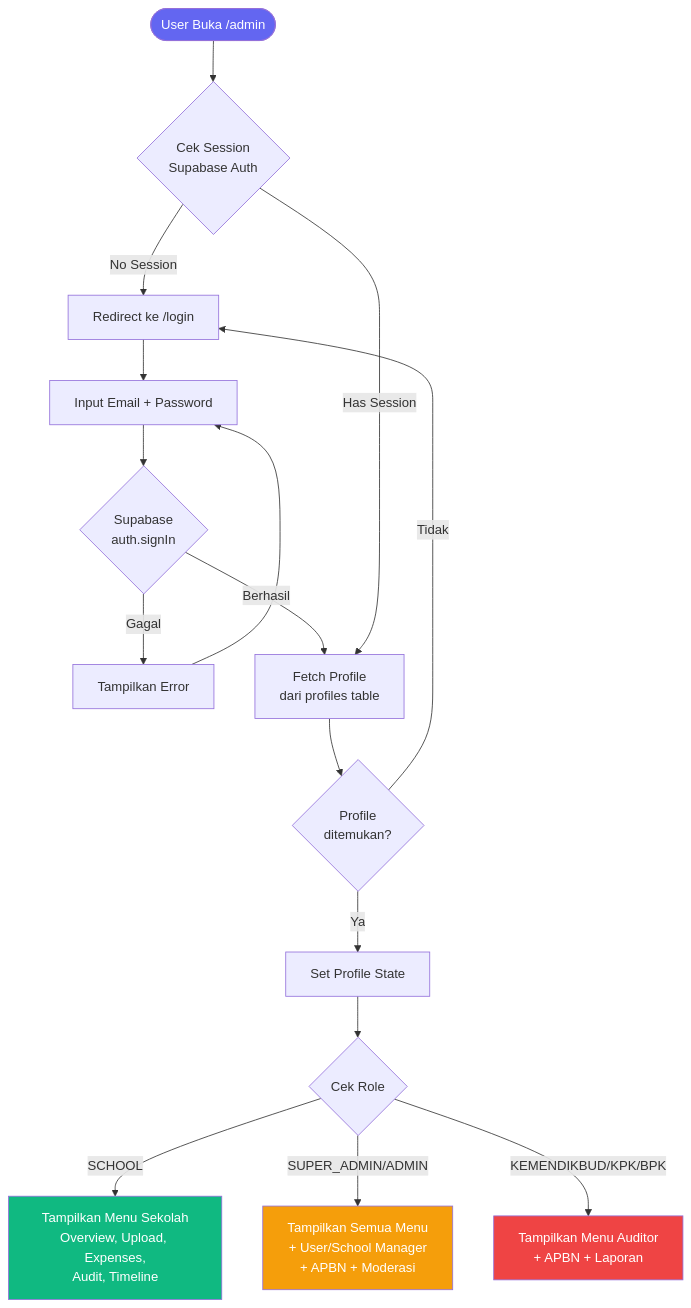
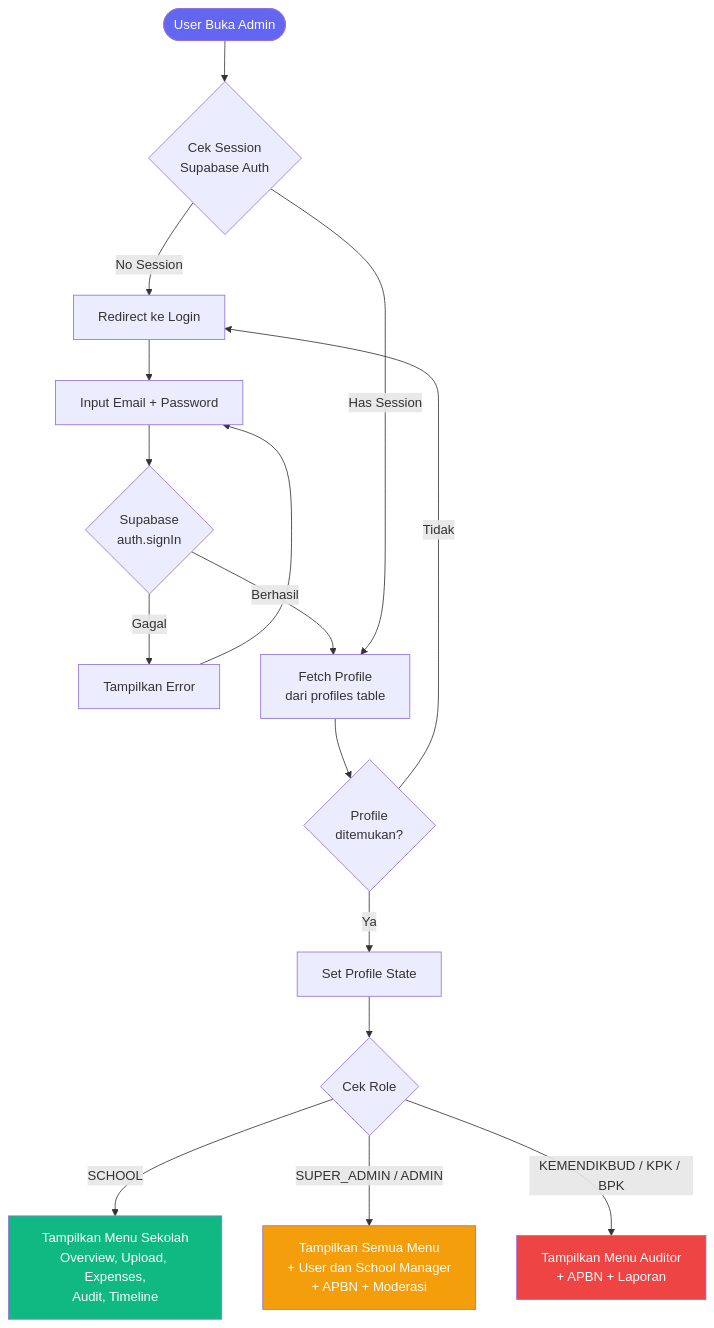
One commit to adimaryanto-stack/Transparansi-Anggaran-Pendidikan changed the ninth of 10 diagrams in prd.md. Above: the diagram before and after it, drawn with Mermaid. The commit also changed other lines of this file, not shown here.

Commit message:
Fix mermaid flowchart syntax for GitHub rendering

````diff
--- a/prd.md
+++ b/prd.md
@@ -643,27 +643,27 @@
 ```mermaid
 flowchart TD
-    A([User Buka /admin]) --> B{Cek Session<br/>Supabase Auth}
+    A(["User Buka Admin"]) --> B{"Cek Session<br/>Supabase Auth"}
 
-    B -->|No Session| C[Redirect ke /login]
-    C --> D[Input Email + Password]
-    D --> E{Supabase<br/>auth.signIn}
-    E -->|Gagal| F[Tampilkan Error]
+    B -->|"No Session"| C["Redirect ke Login"]
+    C --> D["Input Email + Password"]
+    D --> E{"Supabase<br/>auth.signIn"}
+    E -->|Gagal| F["Tampilkan Error"]
     F --> D
 
-    E -->|Berhasil| G[Fetch Profile<br/>dari profiles table]
-    G --> H{Profile<br/>ditemukan?}
+    E -->|Berhasil| G["Fetch Profile<br/>dari profiles table"]
+    G --> H{"Profile<br/>ditemukan?"}
     H -->|Tidak| C
-    H -->|Ya| I[Set Profile State]
-    I --> J{Cek Role}
+    H -->|Ya| I["Set Profile State"]
+    I --> J{"Cek Role"}
 
-    J -->|SCHOOL| K[Tampilkan Menu Sekolah<br/>Overview, Upload, Expenses,<br/>Audit, Timeline]
-    J -->|SUPER_ADMIN/ADMIN| L[Tampilkan Semua Menu<br/>+ User/School Manager<br/>+ APBN + Moderasi]
-    J -->|KEMENDIKBUD/KPK/BPK| M[Tampilkan Menu Auditor<br/>+ APBN + Laporan]
+    J -->|SCHOOL| K["Tampilkan Menu Sekolah<br/>Overview, Upload, Expenses,<br/>Audit, Timeline"]
+    J -->|"SUPER_ADMIN / ADMIN"| L["Tampilkan Semua Menu<br/>+ User dan School Manager<br/>+ APBN + Moderasi"]
+    J -->|"KEMENDIKBUD / KPK / BPK"| M["Tampilkan Menu Auditor<br/>+ APBN + Laporan"]
 
-    B -->|Has Session| G
+    B -->|"Has Session"| G
 
     style A fill:#6366f1,color:#fff
     style K fill:#10b981,color:#fff
     style L fill:#f59e0b,color:#fff
     style M fill:#ef4444,color:#fff
 ```
````
